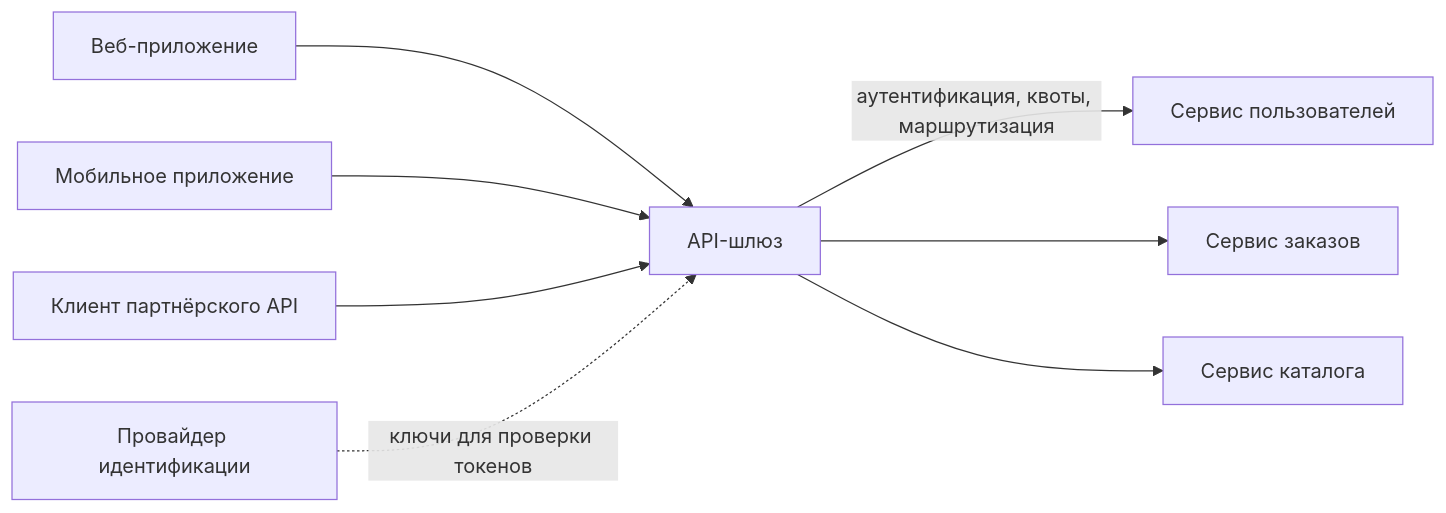
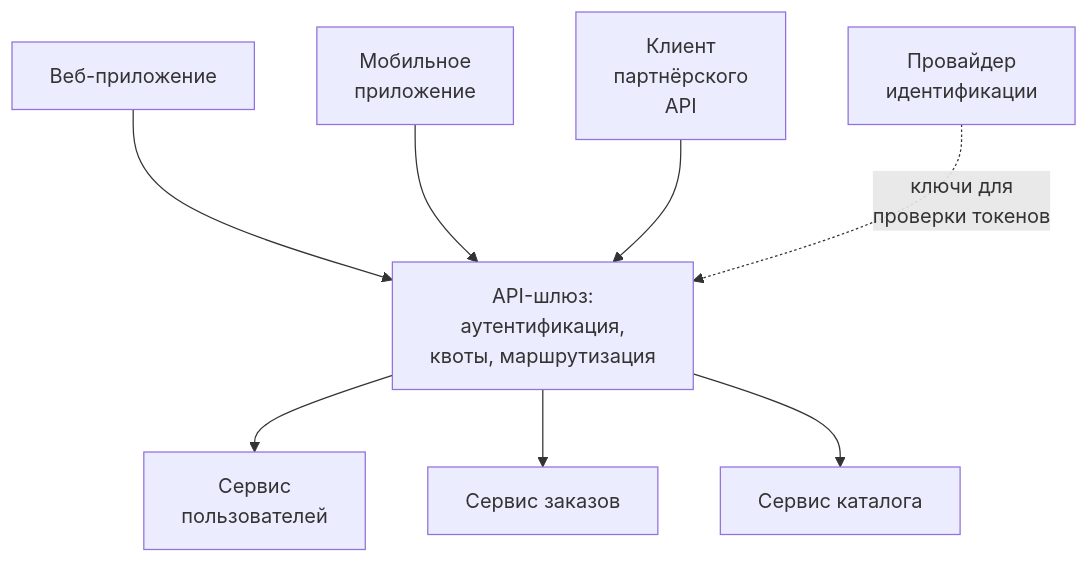
Before and after one commit to butyavk/system-design: the second of 2 diagrams in src/content/docs/ru/traffic/reverse-proxy-and-api-gateway.mdx, drawn with Mermaid. The commit also changed other lines of this file and 144 other files, not shown here.

````diff
--- a/src/content/docs/ru/traffic/reverse-proxy-and-api-gateway.mdx
+++ b/src/content/docs/ru/traffic/reverse-proxy-and-api-gateway.mdx
@@ -58,10 +58,10 @@
 ```mermaid
-flowchart LR
-  web["Веб-приложение"] --> gw["API-шлюз"]
-  mobile["Мобильное приложение"] --> gw
-  partner["Клиент партнёрского API"] --> gw
-  gw -->|"аутентификация, квоты, маршрутизация"| users["Сервис пользователей"]
+flowchart TB
+  web["Веб-приложение"] --> gw["API-шлюз:<br/>аутентификация,<br/>квоты, маршрутизация"]
+  mobile["Мобильное<br/>приложение"] --> gw
+  partner["Клиент<br/>партнёрского<br/>API"] --> gw
+  gw --> users["Сервис<br/>пользователей"]
   gw --> orders["Сервис заказов"]
   gw --> catalog["Сервис каталога"]
-  idp["Провайдер идентификации"] -.->|"ключи для проверки токенов"| gw
+  idp["Провайдер<br/>идентификации"] -.->|"ключи для<br/>проверки токенов"| gw
 ```
````
